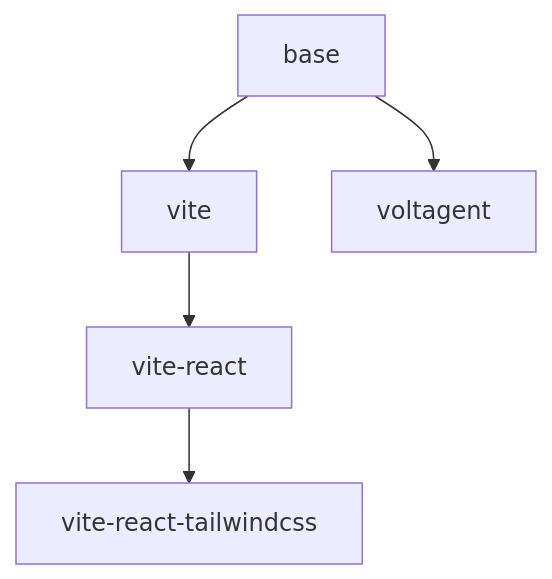
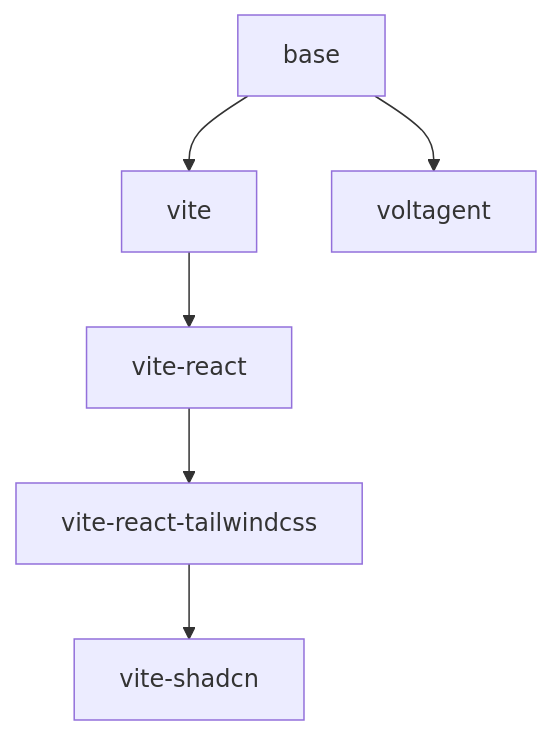
Before and after one commit to sakkeam/bun-templates: the diagram in README.md, drawn with Mermaid. The commit also changed other lines of this file and 15 other files, not shown here.

First line of the commit message:
feat: initialize Vite project with Shadcn components and Tailwind CSS

````diff
--- a/README.md
+++ b/README.md
@@ -49,8 +55,9 @@
 ```mermaid
 flowchart TD
     base --> vite
     vite --> vite-react
     vite-react --> vite-react-tailwindcss
+    vite-react-tailwindcss --> vite-shadcn
 
     base --> voltagent
 ```
````
